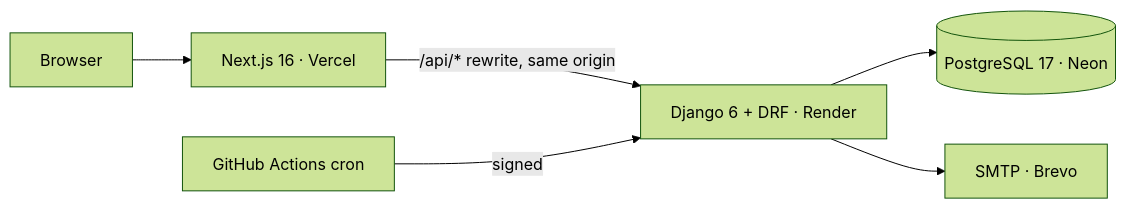
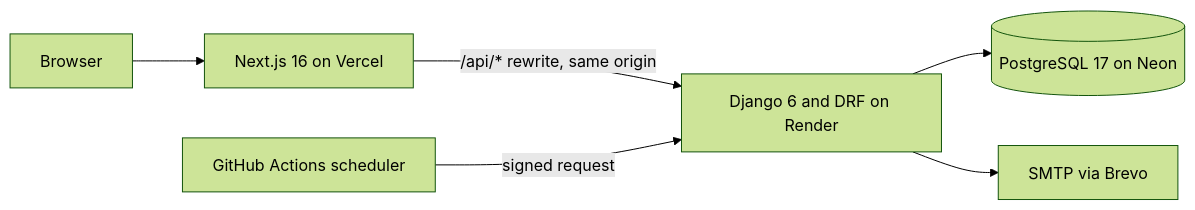
One commit to Harsha-code-per/Cadence changed the diagram in README.md. Above: the diagram before and after it, drawn with Mermaid (forest theme). The commit also changed other lines of this file and 3 other files, not shown here.

````diff
--- a/README.md
+++ b/README.md
@@ -39,8 +64,8 @@
 ```mermaid
 flowchart LR
-    B[Browser] --> N[Next.js 16 · Vercel]
-    N -->|/api/* rewrite, same origin| D[Django 6 + DRF · Render]
-    D --> P[(PostgreSQL 17 · Neon)]
-    D --> S[SMTP · Brevo]
-    C[GitHub Actions cron] -->|signed| D
+    B[Browser] --> N[Next.js 16 on Vercel]
+    N -->|/api/* rewrite, same origin| D[Django 6 and DRF on Render]
+    D --> P[(PostgreSQL 17 on Neon)]
+    D --> S[SMTP via Brevo]
+    C[GitHub Actions scheduler] -->|signed request| D
 ```
````
